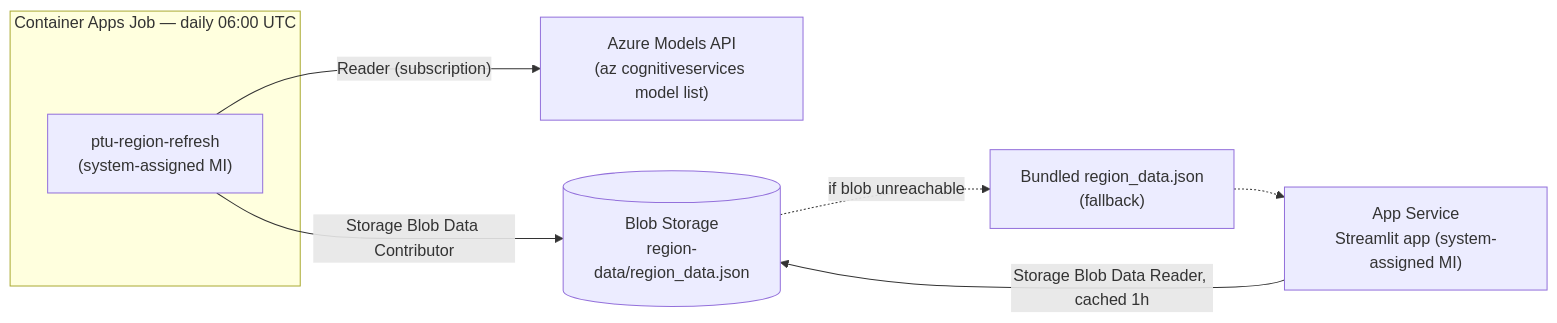
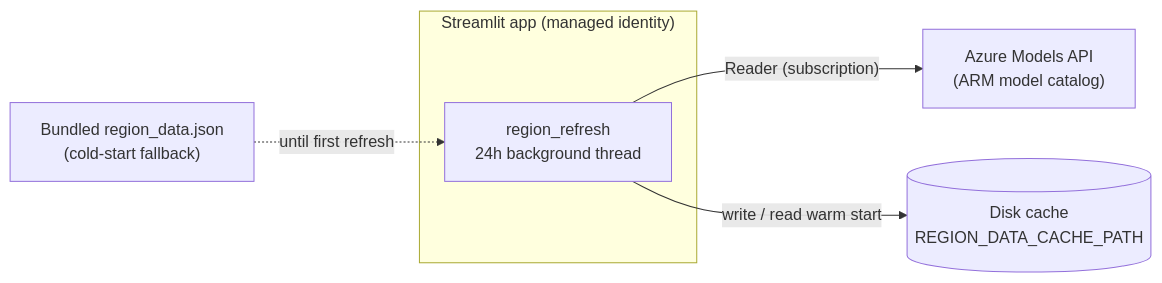
Before and after one commit to lindazhang2000/azure-openai-ptu-sizing-tool: the second of 2 diagrams in README.md, drawn with Mermaid. The commit also changed other lines of this file and 5 other files, not shown here.

Commit message:
Remove legacy blob/Container Apps Job refresh pipeline; docs+code now reflect in-app self-refresh

````diff
--- a/README.md
+++ b/README.md
@@ -259,16 +260,13 @@
 ```mermaid
 flowchart LR
-    subgraph Daily["Container Apps Job — daily 06:00 UTC"]
-        J["ptu-region-refresh<br/>(system-assigned MI)"]
+    subgraph App["Streamlit app (managed identity)"]
+        R["region_refresh<br/>24h background thread"]
     end
-    M["Azure Models API<br/>(az cognitiveservices model list)"]
-    B[("Blob Storage<br/>region-data/region_data.json")]
-    A["App Service<br/>Streamlit app (system-assigned MI)"]
-    F["Bundled region_data.json<br/>(fallback)"]
+    M["Azure Models API<br/>(ARM model catalog)"]
+    C[("Disk cache<br/>REGION_DATA_CACHE_PATH")]
+    F["Bundled region_data.json<br/>(cold-start fallback)"]
 
-    J -- "Reader (subscription)" --> M
-    J -- "Storage Blob Data Contributor" --> B
-    A -- "Storage Blob Data Reader, cached 1h" --> B
-    B -. "if blob unreachable" .-> F
-    F -.-> A
+    R -- "Reader (subscription)" --> M
+    R -- "write / read warm start" --> C
+    F -. "until first refresh" .-> R
 ```
````
